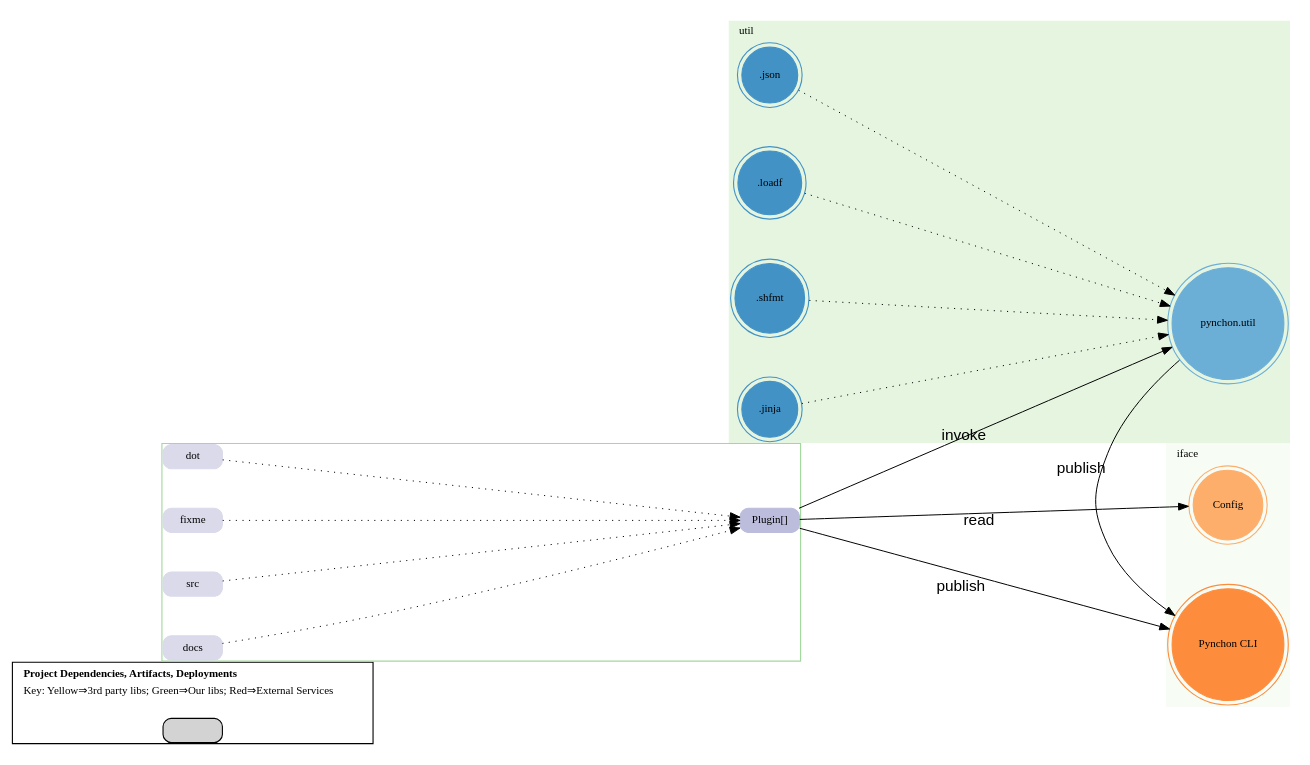
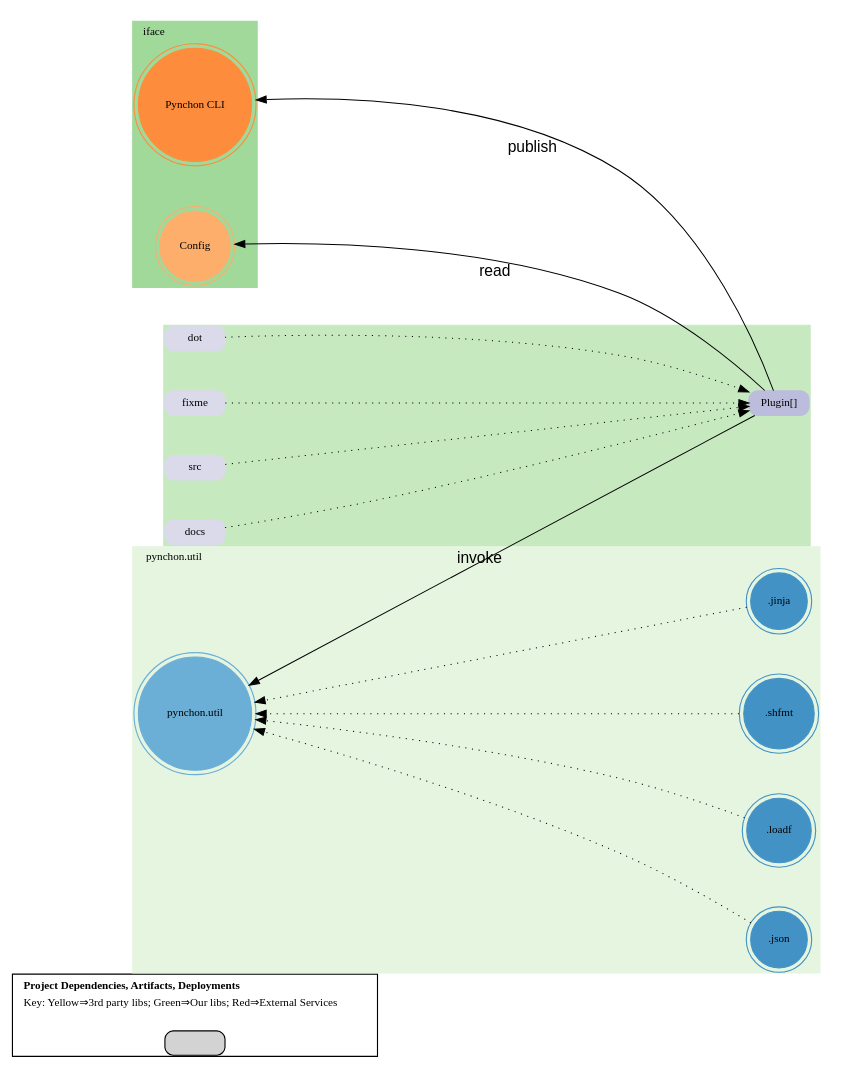
The diagram in docs/design.dot (elo-enterprises/pynchon), drawn with Graphviz before and after one commit.

```diff
--- a/docs/design.dot
+++ b/docs/design.dot
@@ -1,109 +1,109 @@
 ////
 // This is a dot-file that contains the spec for a labeled digraph.
 // See also the docs here: https://graphviz.org/doc/info/lang.html
 ////
 digraph project_dependencies {
     compound=true;
     nodesep=.5;
     // Graph & cluster attributes
     graph [
         margin = 1;
         nodesep=.5;
         overlap = scale;
         //layout=circo
         layout=dot; mode=hier
         //layout=patchwork
         //ratio="fill"; size="4,3!";
         //ratio=.7;
         compound = true // allows edges between clusters
         //fillcolor = white
         fontname = verdana
         fontsize = 10
         labeljust = l // aligns label to the left
         labelloc = t // puts label at top of diagram
         newrank = true
         nodesep = .5 // separation between nodes in inches (default is 0.25
         overlap = false // prism is also interesting
         rankdir = LR // LR (left-to-right) or TB (top-to-bottom)
         ranksep = 1.5 // separation between ranks in inches (default is 0.5)
         ratio = auto // aspect ratio. diagram is tighter when it is declared
         shape = box
         splines = true // uses curved lines to avoid nodes
         #style = "filled"
         clusterrank=local
     ]
 
 
 
 
     // Node attributes
     node [
         fontname = verdana
         fontsize = 10
         margin = "0.1, 0.05"
         height=.3
         shape = box
         style = "filled, rounded"
     ]
 
     // Edge attributes
     edge [ style=bold; fontname="Arial"; minlen=3.2; weight=.5; arrowsize = 0.9; color=black; penwidth = 0.9 ]
     subgraph cluster_bonk{
     label = <
         <table border="0" cellborder="0" cellspacing="0">
             <tr><td align="left"><b>Project Dependencies, Artifacts, Deployments</b></td></tr>
             <tr><td align="left">Key: Yellow⇒3rd party libs; Green⇒Our libs; Red⇒External Services</td></tr>
             <tr><td></td></tr>
             <tr><td></td></tr>
             <tr><td></td></tr>
         </table>
     >
     empty [label="", visible=false;]
     }
     subgraph cluster_iface {
-      graph [label="iface"; style=filled; colorscheme=greens9 color=1;]
+      graph [colorscheme=greens9 color=4; label="iface"; style=filled; ]
       node [shape=doublecircle colorscheme="oranges9"]
       zconfig [color=4, label="Config"];
       cli [color=5, label="Pynchon CLI"];
 
     }
 
     subgraph cluster_api {
-      graph [colorscheme=greens9 color=2; style=filled; label="util"; overlap=false; splines=True]
-      node [colorscheme="blues9"; shape=doublecircle,]
+      graph [colorscheme=greens9; color=2; style=filled; label="pynchon.util"]
+      node [colorscheme="blues9"; shape=doublecircle]
       util [color=5, label="pynchon.util"]; // blue
       json [color=6, label=".json"];
       loadf [color=6, label=".loadf"];
       shfmt [color=6, label=".shfmt"];
       jinja [color=6, label=".jinja"];
       {json} -> util [style="dotted"];
       {jinja} -> util [minlen=3.8, style="dotted"];
-      {util} -> cli [xlabel="publish"];
+      //{util} -> cli [xlabel="publish"];
       {loadf} ->util [style="dotted"];
       {shfmt} ->util [style="dotted"];
 
     }
 
-    subgraph default {
-      graph [colorscheme=greens9 color=3; style=filled]
+    subgraph cluster_default {
+      graph [colorscheme=greens9 color=4; style="filled"]
       node [colorscheme=purples9]
-      plugin2 [color=4 label="Plugin[]"];
-      {plugin2} -> cli [xlabel="publish"];
-      {plugin2} -> util [xlabel="invoke"];
-      {plugin2} -> zconfig [xlabel="read"];
     }
     subgraph cluster_p{
-    graph  [colorscheme=greens9 color=4;]
+    graph  [colorscheme=greens9 color=3; style=filled]
       node [colorscheme=purples9]
       dot [color=3, label="dot"];
       fixme [color=3, label="fixme"];
       src [color=3, label="src"];
       docs [color=3, label="docs"];
       {dot,fixme,src,docs} -> plugin2 [style="dotted"]
+      plugin2 [color=4 label="Plugin[]"];
+      {plugin2} -> cli [xlabel="publish"];
+      {plugin2} -> util [xlabel="invoke"];
+      {plugin2} -> zconfig [xlabel="read"];
     }
 
     {rank=min;cli;zconfig;util}
     {rank=same;json;jinja;loadf;}
     {rank=same;src;docs;fixme;dot}
 
 }
```
